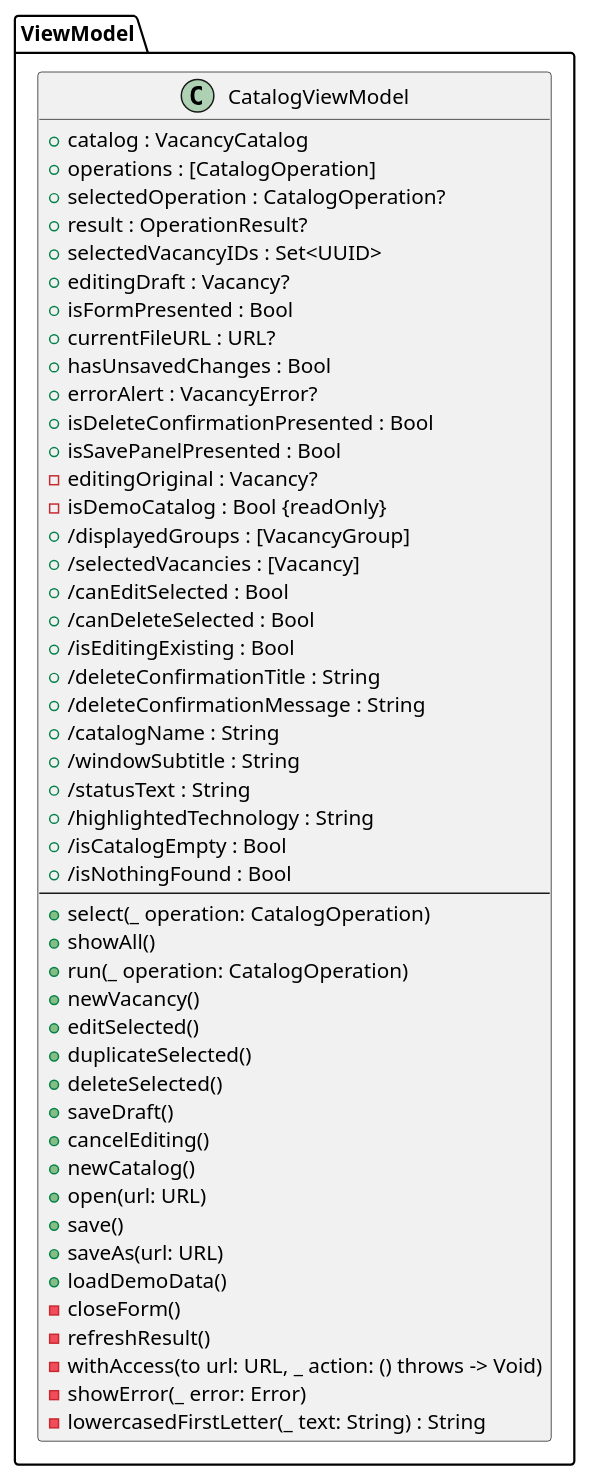
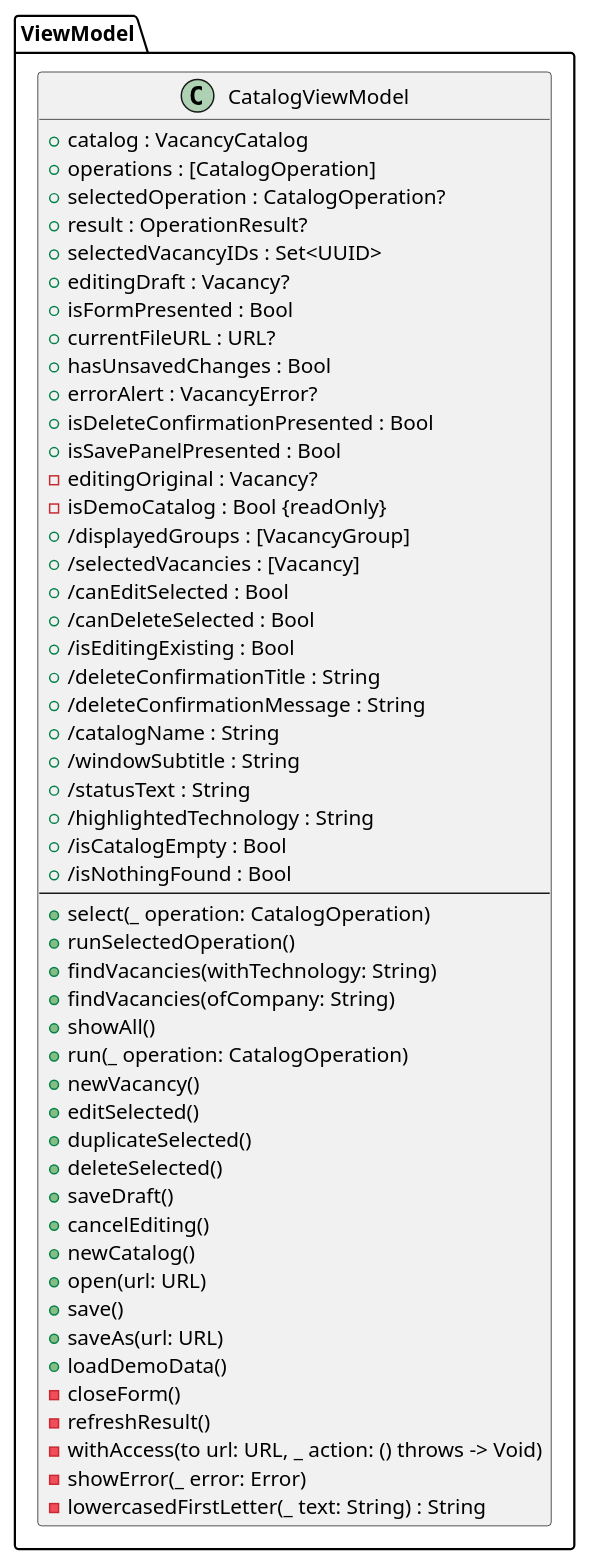
The diagram in docs/uml/2-classes/types/viewmodel.iuml (goosedum/kursova-1), drawn with PlantUML before and after one commit. The commit also changed 15 other files, not shown here.

```diff
--- a/docs/uml/2-classes/types/viewmodel.iuml
+++ b/docs/uml/2-classes/types/viewmodel.iuml
@@ -1,52 +1,55 @@
 ' Шар ViewModel — стан вікна. Підключається з діаграм у docs/uml/2-classes (крок 3.2). Джерело — .claude/plan/02-architecture.md §3.
 package "ViewModel" {
   class CatalogViewModel {
     + catalog : VacancyCatalog
     + operations : [CatalogOperation]
     + selectedOperation : CatalogOperation?
     + result : OperationResult?
     + selectedVacancyIDs : Set<UUID>
     + editingDraft : Vacancy?
     + isFormPresented : Bool
     + currentFileURL : URL?
     + hasUnsavedChanges : Bool
     + errorAlert : VacancyError?
     + isDeleteConfirmationPresented : Bool
     + isSavePanelPresented : Bool
     - editingOriginal : Vacancy?
     - isDemoCatalog : Bool {readOnly}
     + /displayedGroups : [VacancyGroup]
     + /selectedVacancies : [Vacancy]
     + /canEditSelected : Bool
     + /canDeleteSelected : Bool
     + /isEditingExisting : Bool
     + /deleteConfirmationTitle : String
     + /deleteConfirmationMessage : String
     + /catalogName : String
     + /windowSubtitle : String
     + /statusText : String
     + /highlightedTechnology : String
     + /isCatalogEmpty : Bool
     + /isNothingFound : Bool
     --
     + select(_ operation: CatalogOperation)
+    + runSelectedOperation()
+    + findVacancies(withTechnology: String)
+    + findVacancies(ofCompany: String)
     + showAll()
     + run(_ operation: CatalogOperation)
     + newVacancy()
     + editSelected()
     + duplicateSelected()
     + deleteSelected()
     + saveDraft()
     + cancelEditing()
     + newCatalog()
     + open(url: URL)
     + save()
     + saveAs(url: URL)
     + loadDemoData()
     - closeForm()
     - refreshResult()
     - withAccess(to url: URL, _ action: () throws -> Void)
     - showError(_ error: Error)
     - lowercasedFirstLetter(_ text: String) : String
   }
 }
```
